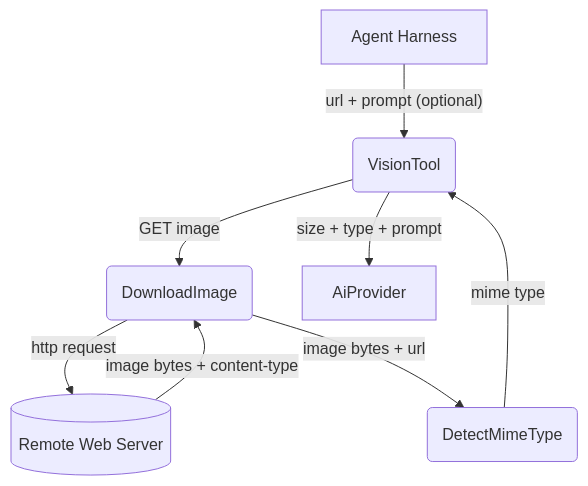
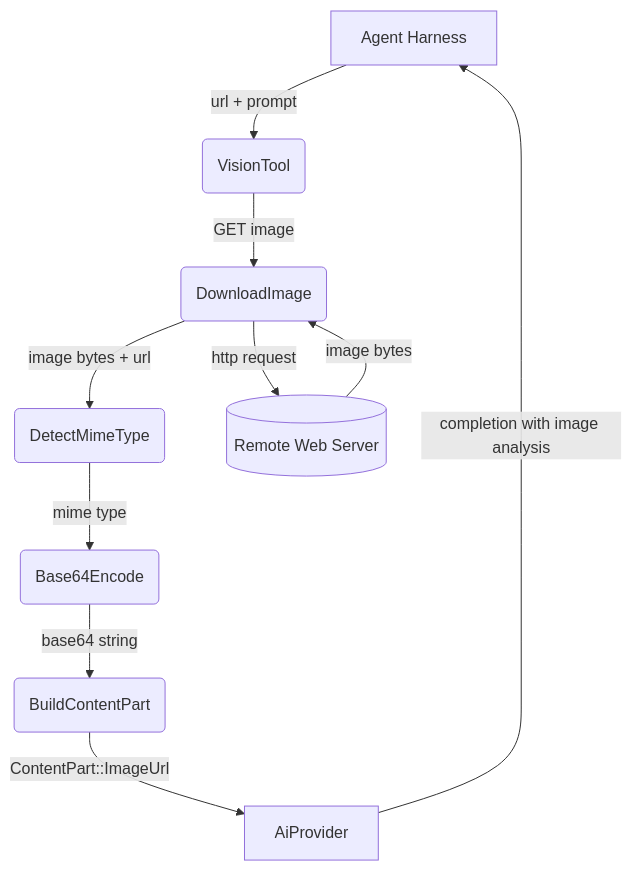
The first of 3 diagrams in _dfds/tools/vision.md (cosmoswafer/rockbot), drawn with Mermaid before and after one commit. The commit also changed other lines of this file and 12 other files, not shown here.

Commit message:
DFD + code: compressed dev flow, vision/attachment DFDs, REST client, Unicode room fallback

````diff
--- a/_dfds/tools/vision.md
+++ b/_dfds/tools/vision.md
@@ -19,17 +24,21 @@
 ```mermaid
 flowchart TD
     AGENT[Agent Harness]
     VISION(VisionTool)
     HTTP_DL(DownloadImage)
     MIME(DetectMimeType)
+    ENCODE(Base64Encode)
+    BUILD(BuildContentPart)
     WEB[(Remote Web Server)]
     AI[AiProvider]
 
-    AGENT -->|"url + prompt (optional)"| VISION
+    AGENT -->|"url + prompt"| VISION
     VISION -->|"GET image"| HTTP_DL
     HTTP_DL -->|"http request"| WEB
-    WEB -->|"image bytes + content-type"| HTTP_DL
+    WEB -->|"image bytes"| HTTP_DL
     HTTP_DL -->|"image bytes + url"| MIME
-    MIME -->|"mime type"| VISION
-    VISION -->|"size + type + prompt"| AI
+    MIME -->|"mime type"| ENCODE
+    ENCODE -->|"base64 string"| BUILD
+    BUILD -->|"ContentPart::ImageUrl"| AI
+    AI -->|"completion with image analysis"| AGENT
 ```
````
